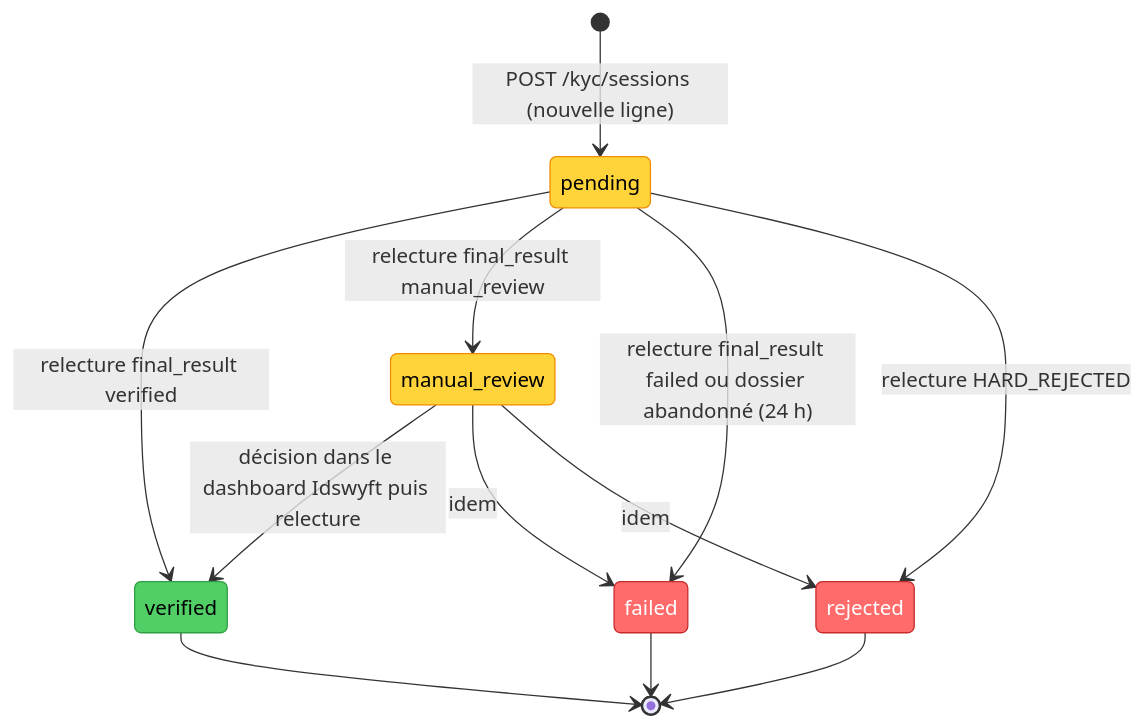
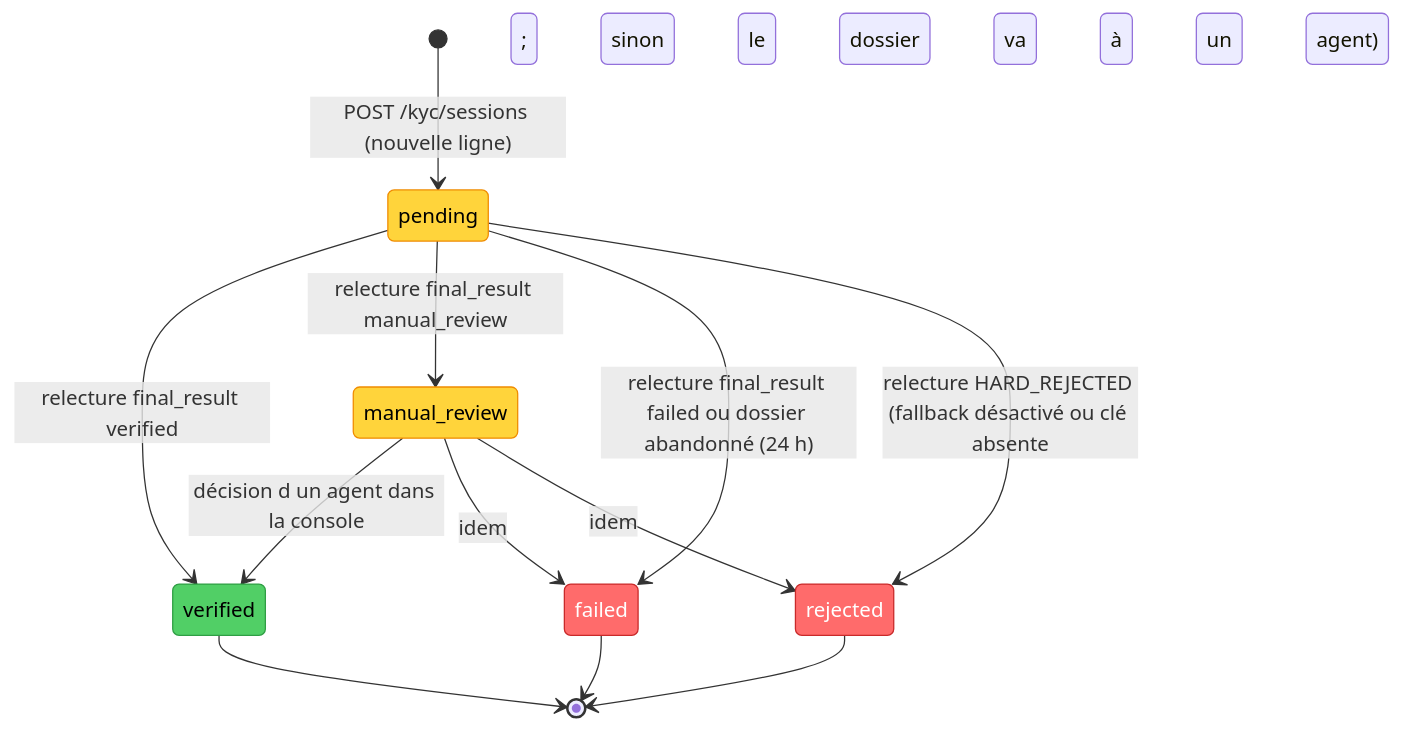
The fourth of 8 diagrams in docs/KYC.md (Bitnob-Hackhaton/DioteKo), drawn with Mermaid before and after one commit. The commit also changed other lines of this file and 2 other files, not shown here.

Commit message:
docs: document KYC reading, auto audit and agent fallback

````diff
--- a/docs/KYC.md
+++ b/docs/KYC.md
@@ -169,22 +169,22 @@
 ```mermaid
 stateDiagram-v2
   [*] --> pending : POST /kyc/sessions (nouvelle ligne)
   pending --> verified : relecture final_result verified
   pending --> manual_review : relecture final_result manual_review
   pending --> failed : relecture final_result failed ou dossier abandonné (24 h)
-  pending --> rejected : relecture HARD_REJECTED
-  manual_review --> verified : décision dans le dashboard Idswyft puis relecture
+  pending --> rejected : relecture HARD_REJECTED (fallback désactivé ou clé absente ; sinon le dossier va à un agent)
+  manual_review --> verified : décision d un agent dans la console
   manual_review --> failed : idem
   manual_review --> rejected : idem
   verified --> [*]
   failed --> [*]
   rejected --> [*]
 
   classDef cWait fill:#ffd43b,stroke:#f08c00,color:#000
   classDef cOk fill:#51cf66,stroke:#2f9e44,color:#000
   classDef cKo fill:#ff6b6b,stroke:#c92a2a,color:#fff
 
   class pending,manual_review cWait
   class verified cOk
   class failed,rejected cKo
 ```
````
